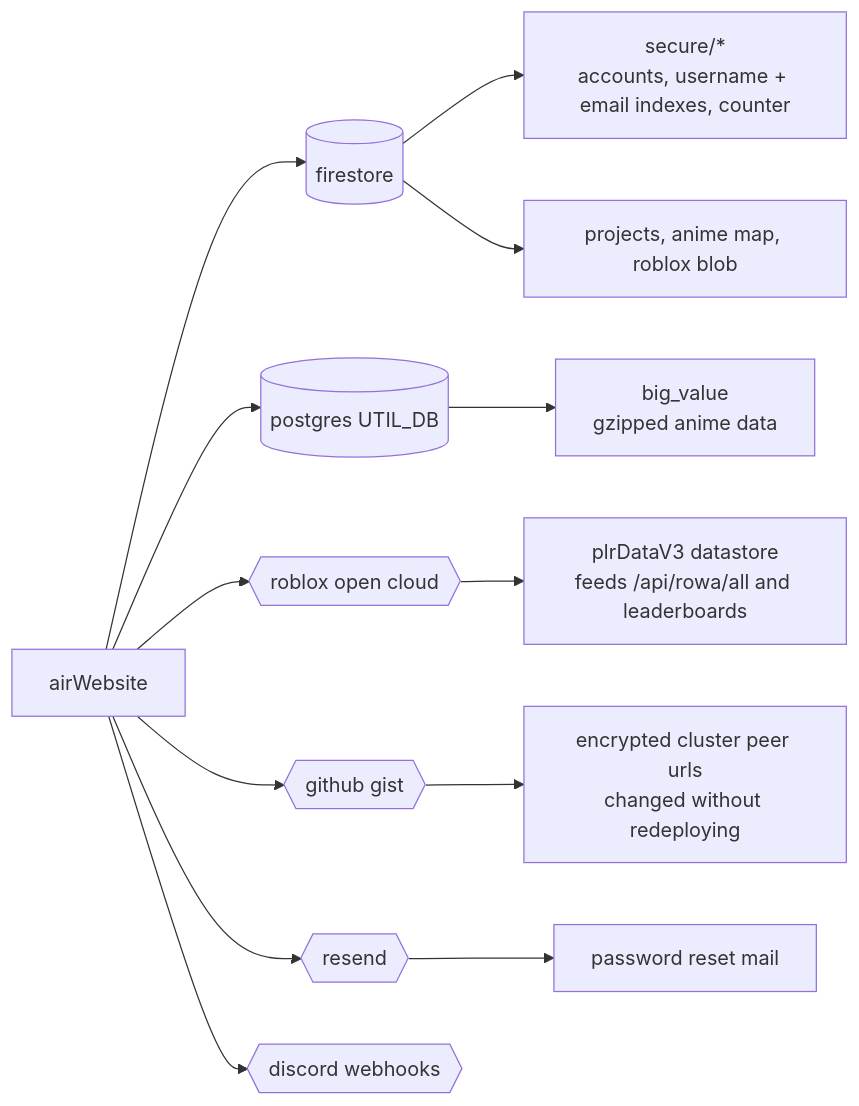
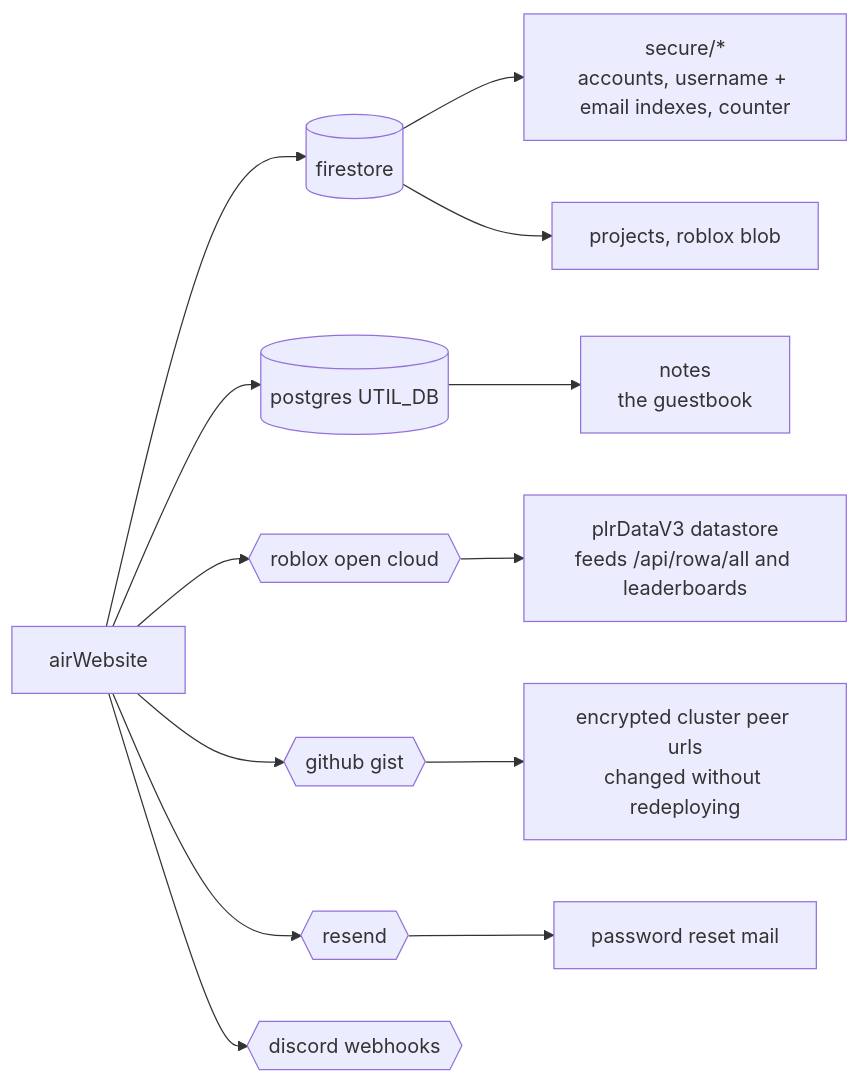
One commit to Air-zy/airWebsite changed the sixth of 7 diagrams in ARCHITECTURE.md. Above: the diagram before and after it, drawn with Mermaid. The commit also changed 47 other files, not shown here.

````diff
--- a/ARCHITECTURE.md
+++ b/ARCHITECTURE.md
@@ -170,22 +170,22 @@
 ```mermaid
 flowchart LR
   APP["airWebsite"]
 
   APP --> FS[("firestore")]
   FS --> A1["secure/*<br/>accounts, username + email indexes, counter"]
-  FS --> A2["projects, anime map, roblox blob"]
+  FS --> A2["projects, roblox blob"]
 
   APP --> PG[("postgres UTIL_DB")]
-  PG --> B1["big_value<br/>gzipped anime data"]
+  PG --> B1["notes<br/>the guestbook"]
 
   APP --> RBX{{"roblox open cloud"}}
   RBX --> C1["plrDataV3 datastore<br/>feeds /api/rowa/all and leaderboards"]
 
   APP --> GIST{{"github gist"}}
   GIST --> D1["encrypted cluster peer urls<br/>changed without redeploying"]
 
   APP --> RES{{"resend"}}
   RES --> E1["password reset mail"]
 
   APP --> DISC{{"discord webhooks"}}
 ```
````
